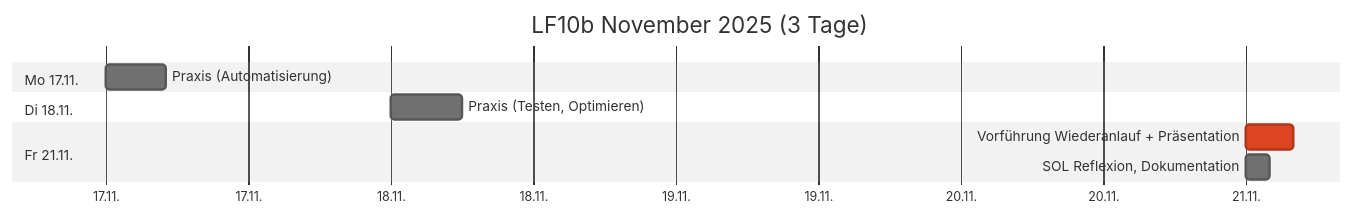
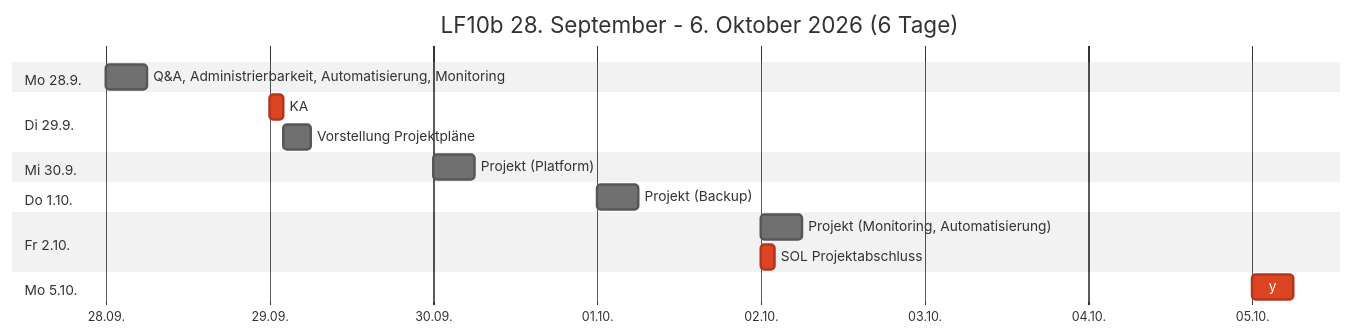
Before and after one commit to johannesloetzsch/LF10b: the third of 3 diagrams in src/plan.md, drawn with Mermaid (neutral theme). The commit also changed other lines of this file and 4 other files, not shown here.

````diff
--- a/src/plan.md
+++ b/src/plan.md
@@ -49,13 +39,20 @@
 ```mermaid
 gantt
- title LF10b November 2025 (3 Tage)
+ title LF10b 28. September - 6. Oktober 2026 (6 Tage)
  dateFormat YYYY-MM-DD
  axisFormat %d.%m.
- section Mo 17.11.
-  Praxis (Automatisierung)      :2025-11-17, 5h
- section Di 18.11.
-  Praxis (Testen, Optimieren)   :2025-11-18, 6h
- section Fr 21.11.
-  Vorführung Wiederanlauf + Präsentation  :crit, 2025-11-21, 4h
-  SOL Reflexion, Dokumentation  :2025-11-21, 2h
+ section Mo 28.9.
+  Q&A, Administrierbarkeit, Automatisierung, Monitoring  :2026-09-28, 6h
+ section Di 29.9.
+  KA                          :crit, ka2, 2026-09-29, 2h
+  Vorstellung Projektpläne    :after ka2, 4h
+ section Mi 30.9.
+  Projekt (Platform)          :2026-09-30, 6h
+ section Do 1.10.
+  Projekt (Backup)            :2026-10-01, 6h
+ section Fr 2.10.
+  Projekt (Monitoring, Automatisierung)  :2026-10-02, 6h
+  SOL Projektabschluss        :crit, 2026-10-02, 2h
+ section Mo 5.10.
+  y                           :crit, 2026-10-05, 6h
 ```
````
